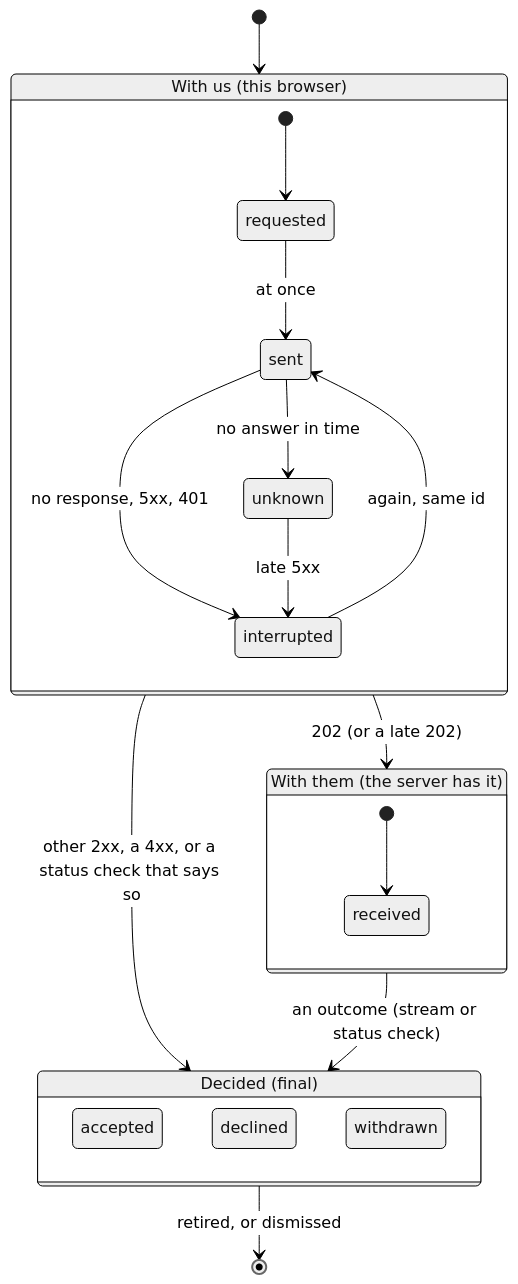
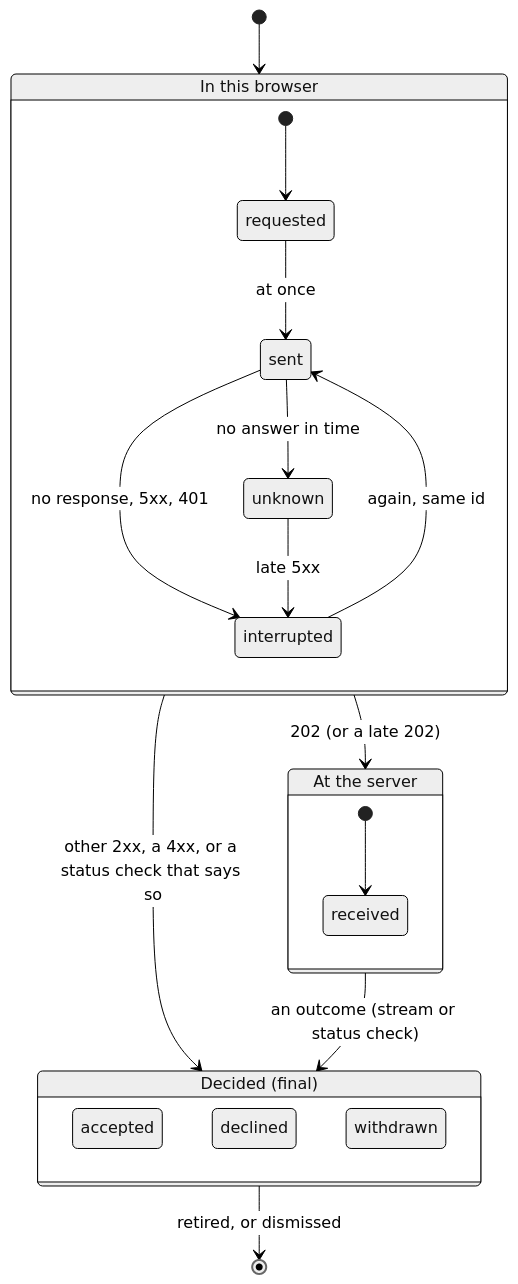
Before and after one commit to hypertheory-labs/stellar-intents: the diagram in docs/PROTOCOL.md, drawn with Mermaid (neutral theme). The commit also changed other lines of this file and 12 other files, not shown here.

````diff
--- a/docs/PROTOCOL.md
+++ b/docs/PROTOCOL.md
@@ -47,24 +39,24 @@
 ```mermaid
 stateDiagram-v2
-    state "With us (this browser)" as us {
+    state "In this browser" as us {
         [*] --> requested
         requested --> sent: at once
         sent --> unknown: no answer in time
         sent --> interrupted: no response, 5xx, 401
         unknown --> interrupted: late 5xx
         interrupted --> sent: again, same id
     }
-    state "With them (the server has it)" as them {
+    state "At the server" as them {
         [*] --> received
     }
     state "Decided (final)" as decided {
         accepted
         declined
         withdrawn
     }
     [*] --> us
     us --> them: 202 (or a late 202)
     us --> decided: other 2xx, a 4xx, or a status check that says so
     them --> decided: an outcome (stream or status check)
     decided --> [*]: retired, or dismissed
 ```
````
